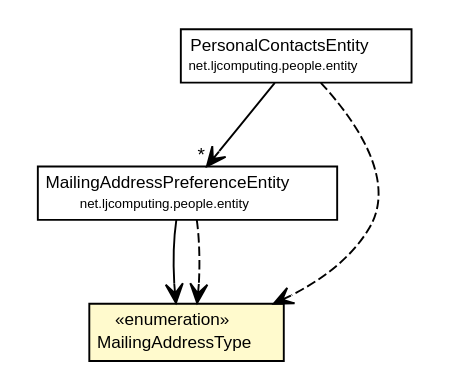
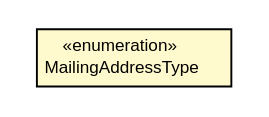
One commit to willmorejg/net.ljcomputing.ecsr changed the diagram in net.ljcomputing.people/docs/javadoc/apidocs/net/ljcomputing/people/domain/MailingAddressType.dot. Above: the diagram before and after it, drawn with Graphviz. The commit also changed 295 other files, not shown here.

```diff
--- a/net.ljcomputing.people/docs/javadoc/apidocs/net/ljcomputing/people/domain/MailingAddressType.dot
+++ b/net.ljcomputing.people/docs/javadoc/apidocs/net/ljcomputing/people/domain/MailingAddressType.dot
@@ -1,41 +1,19 @@
 #!/usr/local/bin/dot
 #
 # Class diagram 
 # Generated by UMLGraph version R5_6 (http://www.umlgraph.org/)
 #
 
 digraph G {
 	edge [fontname="Helvetica",fontsize=10,labelfontname="Helvetica",labelfontsize=10];
 	node [fontname="Helvetica",fontsize=10,shape=plaintext];
 	nodesep=0.25;
 	ranksep=0.5;
-	// net.ljcomputing.people.entity.PersonalContactsEntity
-	c1003 [label=<<table title="net.ljcomputing.people.entity.PersonalContactsEntity" border="0" cellborder="1" cellspacing="0" cellpadding="2" port="p" href="../entity/PersonalContactsEntity.html">
-		<tr><td><table border="0" cellspacing="0" cellpadding="1">
-<tr><td align="center" balign="center"> PersonalContactsEntity </td></tr>
-<tr><td align="center" balign="center"><font point-size="7.0"> net.ljcomputing.people.entity </font></td></tr>
-		</table></td></tr>
-		</table>>, URL="../entity/PersonalContactsEntity.html", fontname="Helvetica", fontcolor="black", fontsize=9.0];
-	// net.ljcomputing.people.entity.MailingAddressPreferenceEntity
-	c1010 [label=<<table title="net.ljcomputing.people.entity.MailingAddressPreferenceEntity" border="0" cellborder="1" cellspacing="0" cellpadding="2" port="p" href="../entity/MailingAddressPreferenceEntity.html">
-		<tr><td><table border="0" cellspacing="0" cellpadding="1">
-<tr><td align="center" balign="center"> MailingAddressPreferenceEntity </td></tr>
-<tr><td align="center" balign="center"><font point-size="7.0"> net.ljcomputing.people.entity </font></td></tr>
-		</table></td></tr>
-		</table>>, URL="../entity/MailingAddressPreferenceEntity.html", fontname="Helvetica", fontcolor="black", fontsize=9.0];
 	// net.ljcomputing.people.domain.MailingAddressType
-	c1015 [label=<<table title="net.ljcomputing.people.domain.MailingAddressType" border="0" cellborder="1" cellspacing="0" cellpadding="2" port="p" bgcolor="lemonChiffon" href="./MailingAddressType.html">
+	c131 [label=<<table title="net.ljcomputing.people.domain.MailingAddressType" border="0" cellborder="1" cellspacing="0" cellpadding="2" port="p" bgcolor="lemonChiffon" href="./MailingAddressType.html">
 		<tr><td><table border="0" cellspacing="0" cellpadding="1">
 <tr><td align="center" balign="center"> &#171;enumeration&#187; </td></tr>
 <tr><td align="center" balign="center"> MailingAddressType </td></tr>
 		</table></td></tr>
 		</table>>, URL="./MailingAddressType.html", fontname="Helvetica", fontcolor="black", fontsize=9.0];
-	// net.ljcomputing.people.entity.PersonalContactsEntity NAVASSOC net.ljcomputing.people.entity.MailingAddressPreferenceEntity
-	c1003:p -> c1010:p [taillabel="", label="", headlabel="*", fontname="Helvetica", fontcolor="black", fontsize=10.0, color="black", arrowhead=open];
-	// net.ljcomputing.people.entity.MailingAddressPreferenceEntity NAVASSOC net.ljcomputing.people.domain.MailingAddressType
-	c1010:p -> c1015:p [taillabel="", label="", headlabel="", fontname="Helvetica", fontcolor="black", fontsize=10.0, color="black", arrowhead=open];
-	// net.ljcomputing.people.entity.PersonalContactsEntity DEPEND net.ljcomputing.people.domain.MailingAddressType
-	c1003:p -> c1015:p [taillabel="", label="", headlabel="", fontname="Helvetica", fontcolor="black", fontsize=10.0, color="black", arrowhead=open, style=dashed];
-	// net.ljcomputing.people.entity.MailingAddressPreferenceEntity DEPEND net.ljcomputing.people.domain.MailingAddressType
-	c1010:p -> c1015:p [taillabel="", label="", headlabel="", fontname="Helvetica", fontcolor="black", fontsize=10.0, color="black", arrowhead=open, style=dashed];
 }
```
